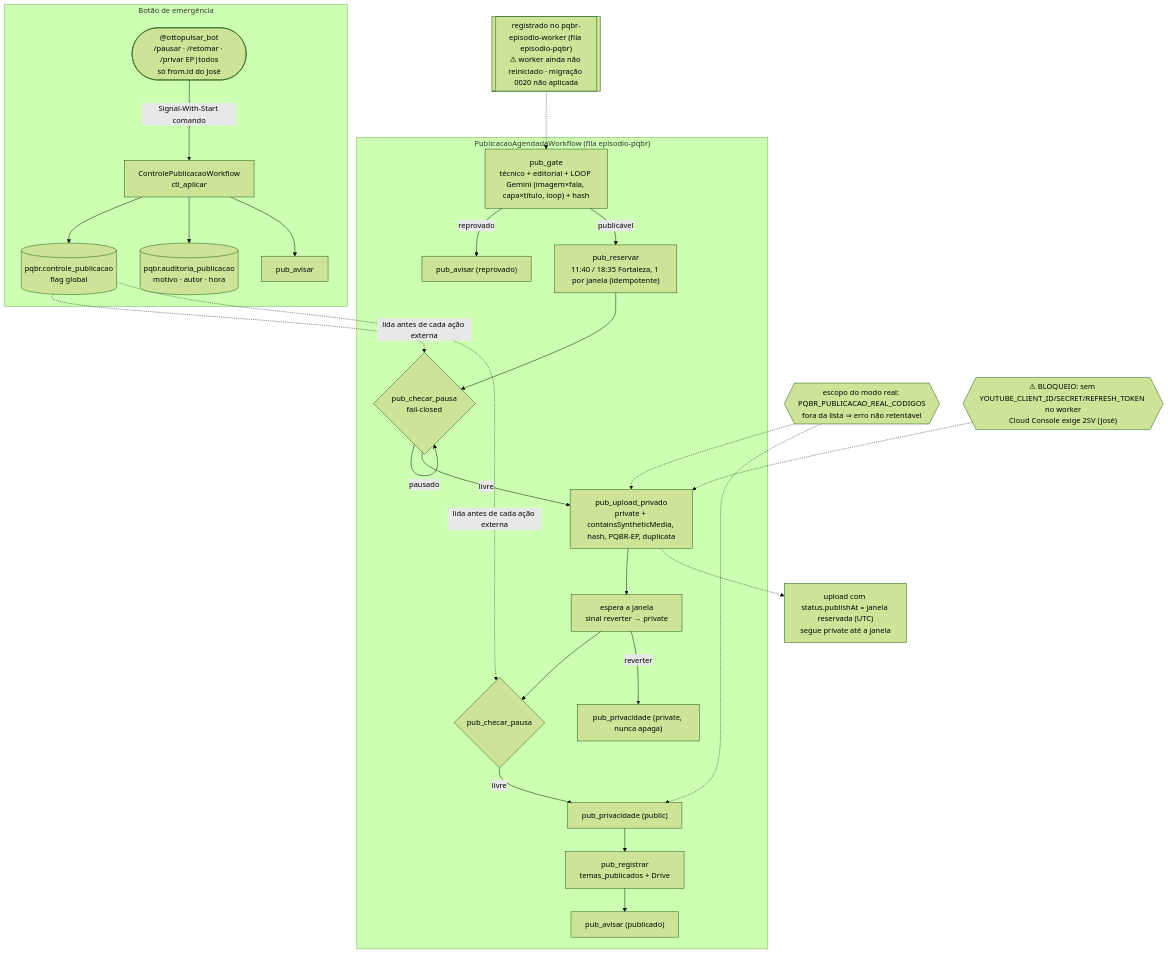
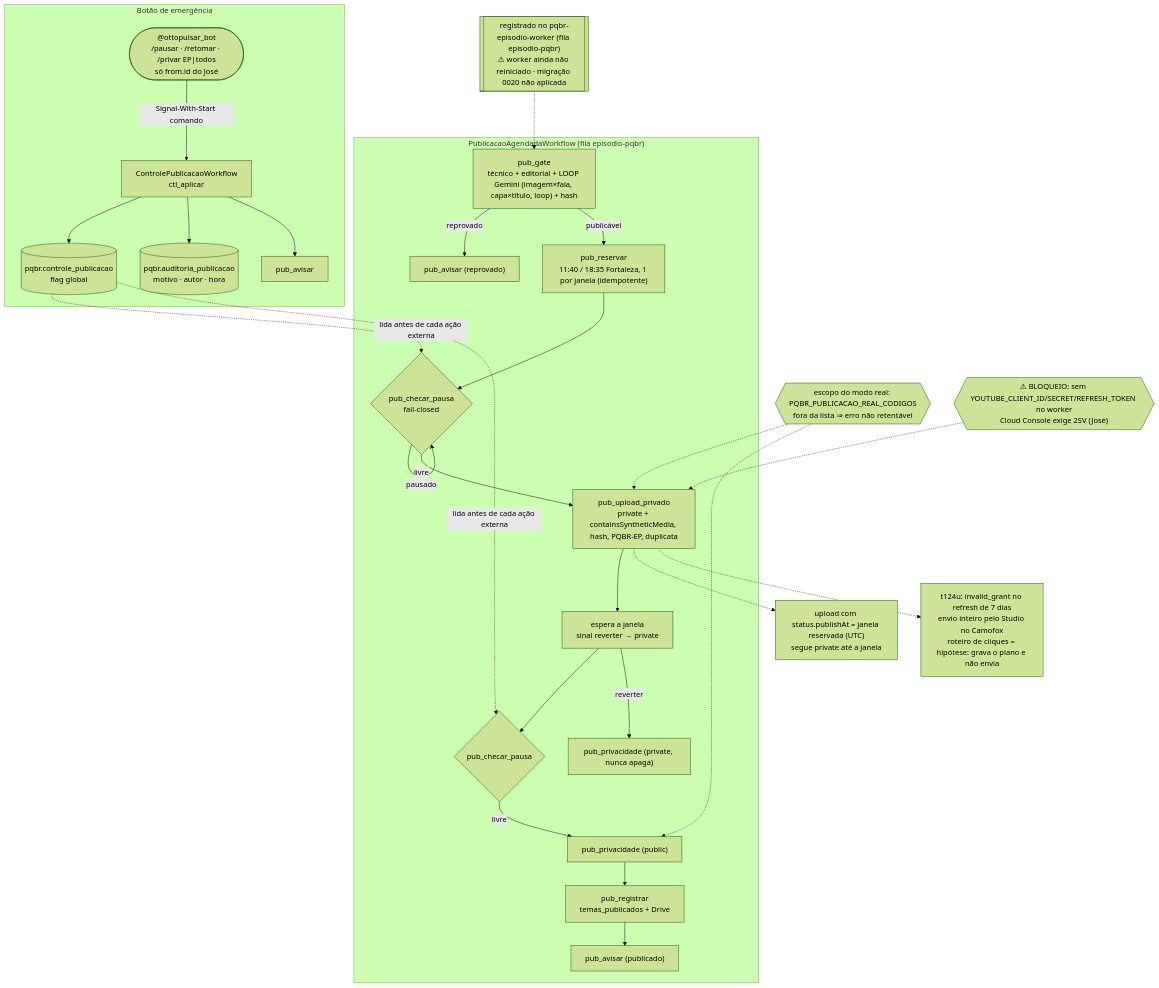
The diagram in docs/mapa/11-publicacao.mmd (jvmendesjr/PQBR), drawn with Mermaid (forest theme) before and after one commit. The commit also changed 11 other files, not shown here.

First line of the commit message:
publicação: refresh recusado manda o envio inteiro ao Camofox (t124u)

```diff
--- a/docs/mapa/11-publicacao.mmd
+++ b/docs/mapa/11-publicacao.mmd
@@ -1,25 +1,26 @@
 %% Publicação automática + botão de emergência (t540/t541, José 25/10/2026). Alterado pelo agente externo PQBR com autorização do José.
 %% Sem aprovação humana: o gate é a única barreira. Telegram só AVISA. Simulação por padrão (YOUTUBE_DRY_RUN + PQBR_PUBLICACAO_REAL).
 flowchart TD
   subgraph PUB["PublicacaoAgendadaWorkflow (fila episodio-pqbr)"]
     G["pub_gate<br/>técnico + editorial + LOOP Gemini (imagem×fala, capa×título, loop) + hash"] -->|reprovado| AR["pub_avisar (reprovado)"]
     G -->|publicável| R["pub_reservar<br/>11:40 / 18:35 Fortaleza, 1 por janela (idempotente)"]
     R --> P1{"pub_checar_pausa<br/>fail-closed"} -->|pausado| P1
     P1 -->|livre| U["pub_upload_privado<br/>private + containsSyntheticMedia, hash, PQBR-EP, duplicata"]
     U --> W["espera a janela<br/>sinal reverter → private"]
     W --> P2{"pub_checar_pausa"} -->|livre| PR["pub_privacidade (public)"]
     PR --> RG["pub_registrar<br/>temas_publicados + Drive"] --> AP["pub_avisar (publicado)"]
     W -->|reverter| RV["pub_privacidade (private, nunca apaga)"]
   end
   subgraph EMG["Botão de emergência"]
     TG(["@ottopulsar_bot<br/>/pausar · /retomar · /privar EP|todos<br/>só from.id do José"]) -->|Signal-With-Start comando| CTL["ControlePublicacaoWorkflow<br/>ctl_aplicar"]
     CTL --> FLAG[("pqbr.controle_publicacao<br/>flag global")]
     CTL --> AUD[("pqbr.auditoria_publicacao<br/>motivo · autor · hora")]
     CTL --> AV2["pub_avisar"]
   end
   FLAG -.lida antes de cada ação externa.-> P1 & P2
   %% 0.4.5 (t69s317/t70u, 26/10/2026)
   U -.-> PA["upload com status.publishAt = janela reservada (UTC)<br/>segue private até a janela"]
+  U -.-> CF["t124u: invalid_grant no refresh de 7 dias<br/>envio inteiro pelo Studio no Camofox<br/>roteiro de cliques = hipótese: grava o plano e não envia"]
   SC{{"escopo do modo real: PQBR_PUBLICACAO_REAL_CODIGOS<br/>fora da lista ⇒ erro não retentável"}} -.-> U & PR
   WK[["registrado no pqbr-episodio-worker (fila episodio-pqbr)<br/>⚠ worker ainda não reiniciado · migração 0020 não aplicada"]] -.-> G
   BL{{"⚠ BLOQUEIO: sem YOUTUBE_CLIENT_ID/SECRET/REFRESH_TOKEN no worker<br/>Cloud Console exige 2SV (José)"}} -.-> U
```
